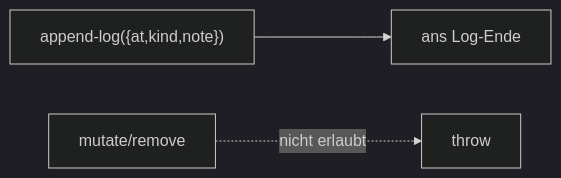
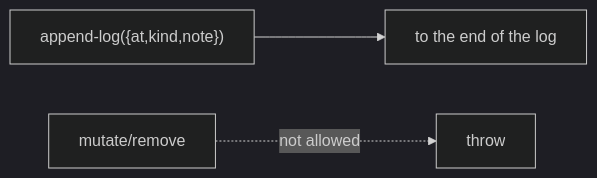
The diagram in docs/core/ops/scope/log.md (chafoo/anchored), drawn with Mermaid (dark theme) before and after one commit. The commit also changed other lines of this file and 131 other files, not shown here.

````diff
--- a/docs/core/ops/scope/log.md
+++ b/docs/core/ops/scope/log.md
@@ -17,5 +17,5 @@
 ```mermaid
 flowchart LR
-    e["append-log({at,kind,note})"] --> tail["ans Log-Ende"]
-    x["mutate/remove"] -. "nicht erlaubt" .-> block["throw"]
+    e["append-log({at,kind,note})"] --> tail["to the end of the log"]
+    x["mutate/remove"] -. "not allowed" .-> block["throw"]
 ```
````
